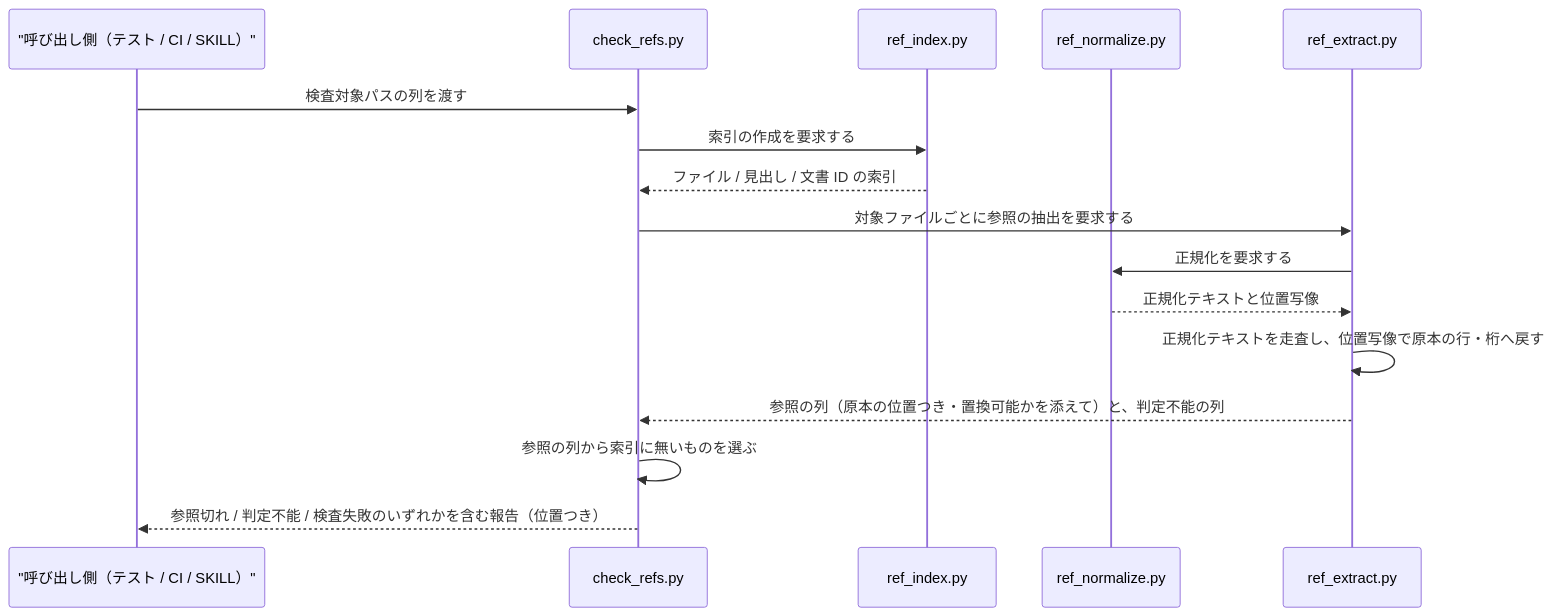
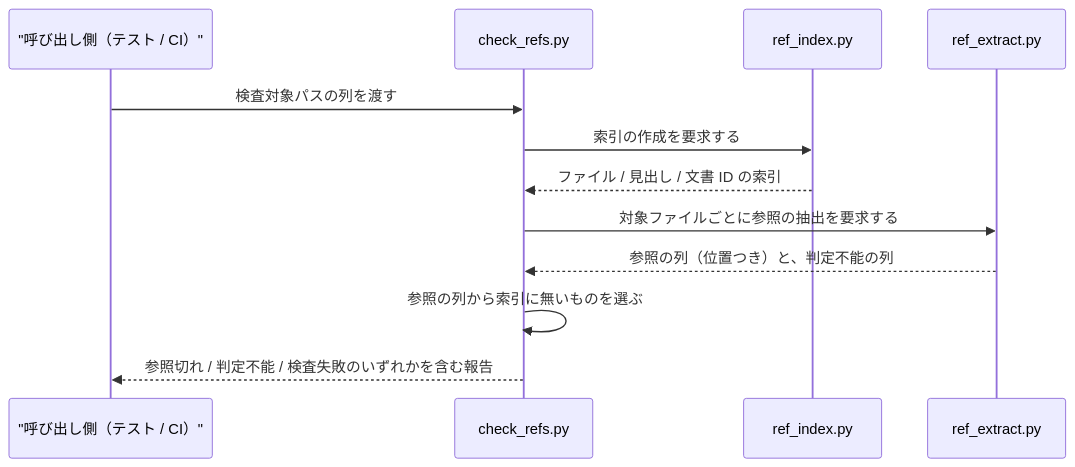
The second of 2 diagrams in docs/specs/forge/doc-reference-integrity/design/DES-081_doc_reference_integrity_design.md (BlueEventHorizon/bw-cc-plugins), drawn with Mermaid before and after one commit. The commit also changed other lines of this file and 14 other files, not shown here.

````diff
--- a/docs/specs/forge/doc-reference-integrity/design/DES-081_doc_reference_integrity_design.md
+++ b/docs/specs/forge/doc-reference-integrity/design/DES-081_doc_reference_integrity_design.md
@@ -358,19 +134,15 @@
 ```mermaid
 sequenceDiagram
-    participant Caller as "呼び出し側（テスト / CI / SKILL）"
+    participant Caller as "呼び出し側（テスト / CI）"
     participant Check as check_refs.py
     participant Index as ref_index.py
-    participant Norm as ref_normalize.py
     participant Extract as ref_extract.py
 
     Caller ->> Check: 検査対象パスの列を渡す
     Check ->> Index: 索引の作成を要求する
     Index -->> Check: ファイル / 見出し / 文書 ID の索引
     Check ->> Extract: 対象ファイルごとに参照の抽出を要求する
-    Extract ->> Norm: 正規化を要求する
-    Norm -->> Extract: 正規化テキストと位置写像
-    Extract ->> Extract: 正規化テキストを走査し、位置写像で原本の行・桁へ戻す
-    Extract -->> Check: 参照の列（原本の位置つき・置換可能かを添えて）と、判定不能の列
+    Extract -->> Check: 参照の列（位置つき）と、判定不能の列
     Check ->> Check: 参照の列から索引に無いものを選ぶ
-    Check -->> Caller: 参照切れ / 判定不能 / 検査失敗のいずれかを含む報告（位置つき）
+    Check -->> Caller: 参照切れ / 判定不能 / 検査失敗のいずれかを含む報告
 ```
````
